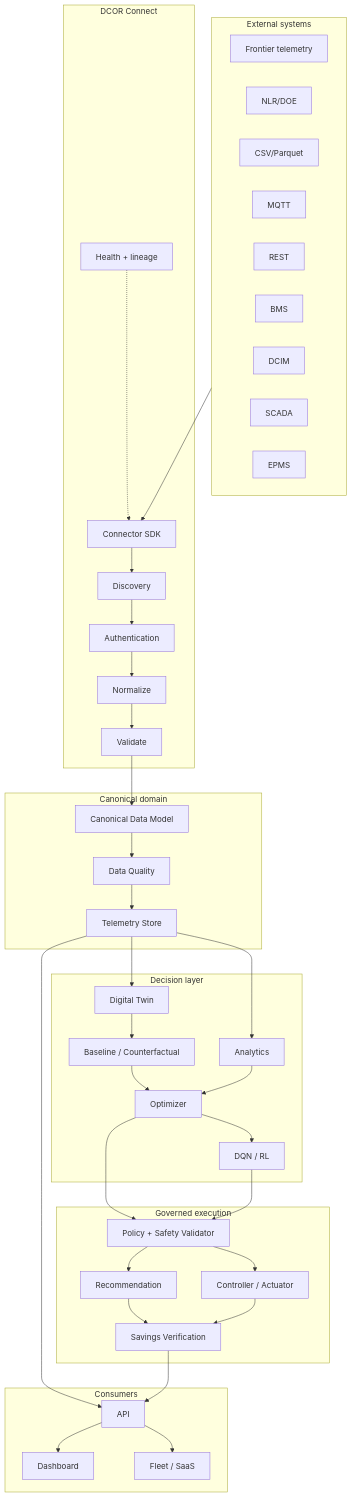
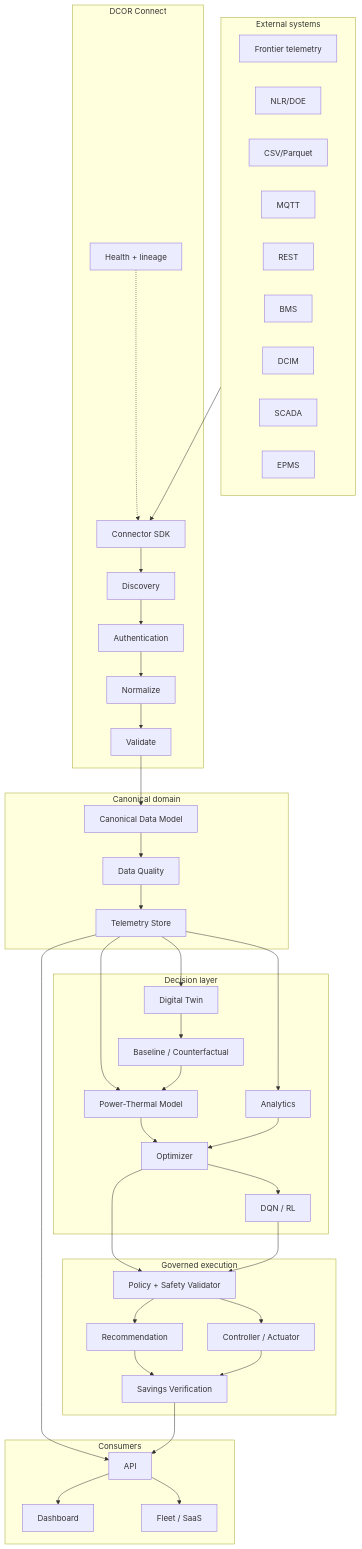
One commit to scoobiii/dcor changed the first of 2 diagrams in ARCHITECTURE.md. Above: the diagram before and after it, drawn with Mermaid. The commit also changed other lines of this file, not shown here.

Commit message:
docs(architecture): add power-thermal co-optimization boundary

````diff
--- a/ARCHITECTURE.md
+++ b/ARCHITECTURE.md
@@ -16,66 +17,68 @@
 ```mermaid
 flowchart TB
   subgraph SOURCES[External systems]
     F[Frontier telemetry]
     N[NLR/DOE]
     FILE[CSV/Parquet]
     MQTT[MQTT]
     REST[REST]
     BMS[BMS]
     DCIM[DCIM]
     SCADA[SCADA]
     EPMS[EPMS]
   end
 
   subgraph CONNECT[DCOR Connect]
     SDK[Connector SDK]
     DISC[Discovery]
     AUTH[Authentication]
     NORM[Normalize]
     VALID[Validate]
     HEALTH[Health + lineage]
   end
 
   subgraph DOMAIN[Canonical domain]
     MODEL[Canonical Data Model]
     QUALITY[Data Quality]
     STORE[Telemetry Store]
   end
 
   subgraph INTEL[Decision layer]
     TWIN[Digital Twin]
     BASE[Baseline / Counterfactual]
     ANA[Analytics]
+    PT[Power-Thermal Model]
     OPT[Optimizer]
     RL[DQN / RL]
   end
 
   subgraph CONTROL[Governed execution]
     POLICY[Policy + Safety Validator]
     REC[Recommendation]
     CTRL[Controller / Actuator]
     VERIFY[Savings Verification]
   end
 
   subgraph PRESENT[Consumers]
     API[API]
     DASH[Dashboard]
     FLEET[Fleet / SaaS]
   end
 
   SOURCES --> SDK --> DISC --> AUTH --> NORM --> VALID --> MODEL
   HEALTH -.-> SDK
   MODEL --> QUALITY --> STORE
   STORE --> TWIN
   STORE --> ANA
-  TWIN --> BASE --> OPT
+  STORE --> PT
+  TWIN --> BASE --> PT --> OPT
   ANA --> OPT
   OPT --> RL
   OPT --> POLICY
   RL --> POLICY
   POLICY --> REC --> VERIFY
   POLICY --> CTRL --> VERIFY
   STORE --> API --> DASH
   VERIFY --> API
   API --> FLEET
 ```
````
